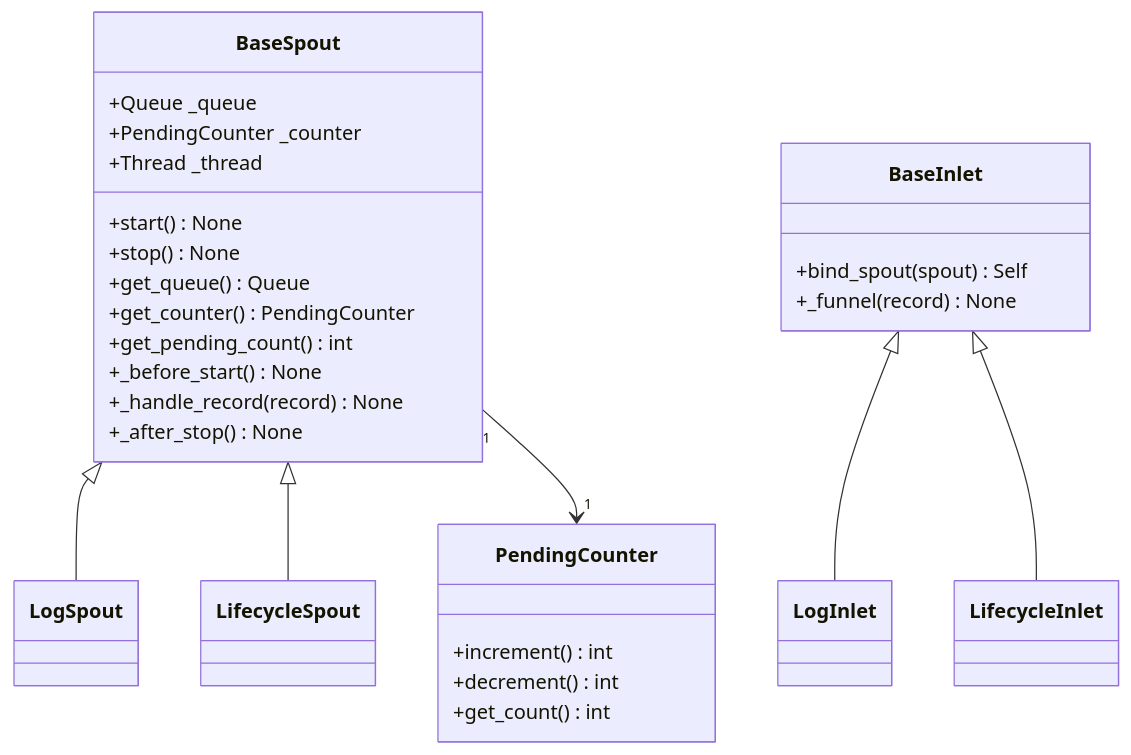
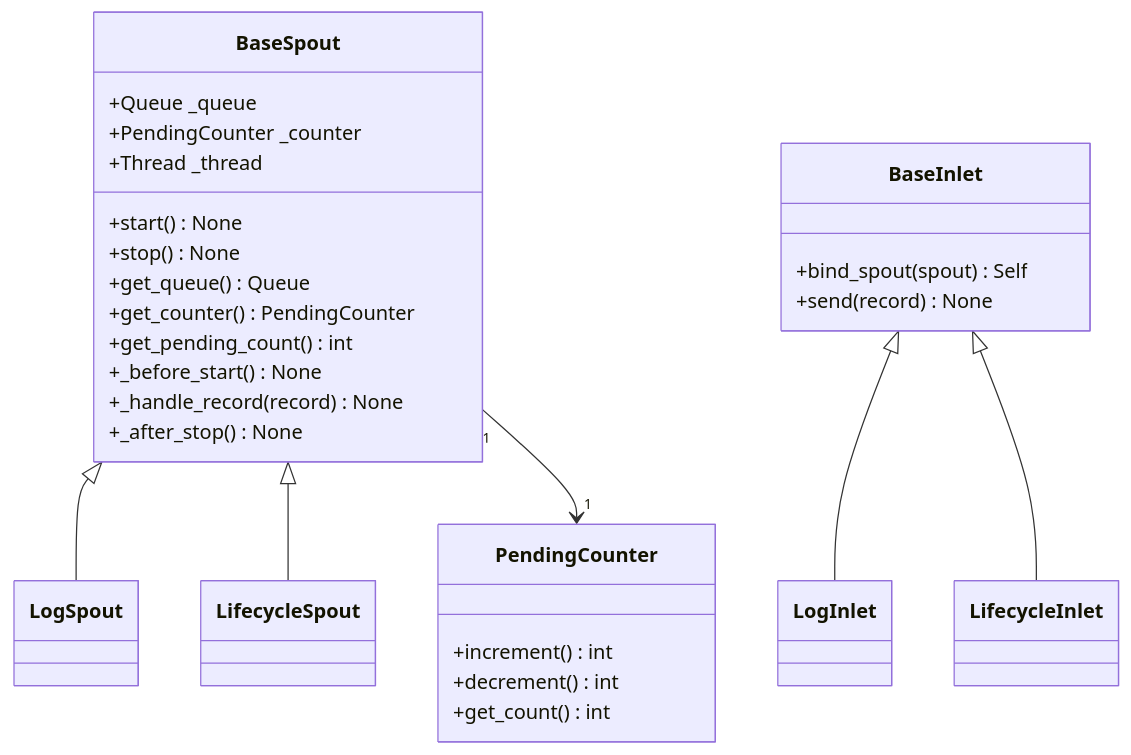
One commit to Mr-xiaotian/CelestialFlow changed the diagram in docs/zh-CN/src/funnel/__init__.md. Above: the diagram before and after it, drawn with Mermaid. The commit also changed other lines of this file and 86 other files, not shown here.

````diff
--- a/docs/zh-CN/src/funnel/__init__.md
+++ b/docs/zh-CN/src/funnel/__init__.md
@@ -34,39 +34,39 @@
 ```mermaid
 classDiagram
     class BaseSpout {
         +Queue _queue
         +PendingCounter _counter
         +Thread _thread
         +start() None
         +stop() None
         +get_queue() Queue
         +get_counter() PendingCounter
         +get_pending_count() int
         +_before_start() None
         +_handle_record(record) None
         +_after_stop() None
     }
     class BaseInlet {
         +bind_spout(spout) Self
-        +_funnel(record) None
+        +send(record) None
     }
     class PendingCounter {
         +increment() int
         +decrement() int
         +get_count() int
     }
     class LogSpout {
     }
     class LifecycleSpout {
     }
     class LogInlet {
     }
     class LifecycleInlet {
     }
 
     BaseSpout <|-- LogSpout
     BaseSpout <|-- LifecycleSpout
     BaseInlet <|-- LogInlet
     BaseInlet <|-- LifecycleInlet
     BaseSpout "1" --> "1" PendingCounter
 ```
````
